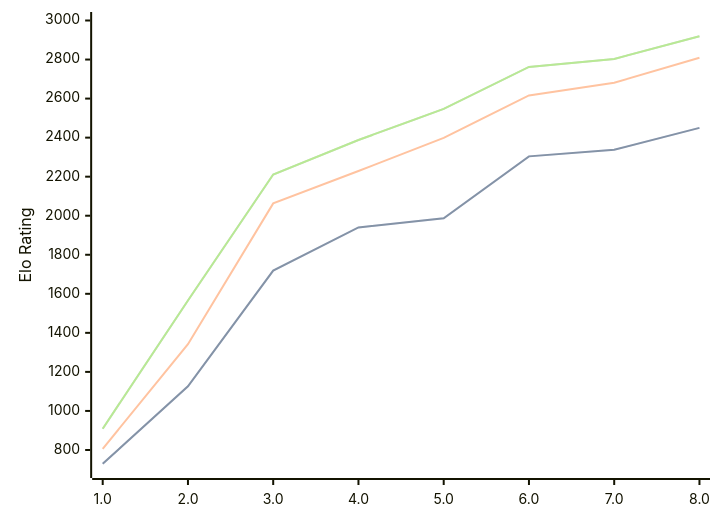
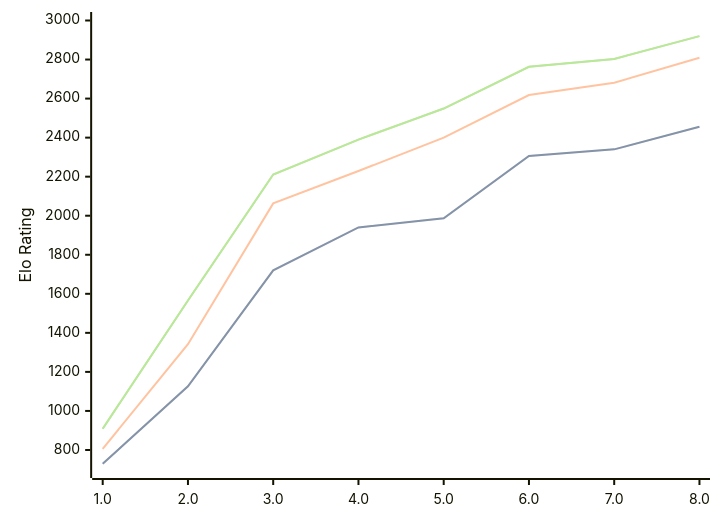
Before and after one commit to computer-chess-index/cci: the diagram in engines/Pea.md, drawn with Mermaid. The commit also changed other lines of this file, not shown here.

Commit message:
Update CCI Ratings (ELO VLTC) - 2026-05-22

````diff
--- a/engines/Pea.md
+++ b/engines/Pea.md
@@ -38,11 +38,11 @@
 ```mermaid
 %%{init: {"theme":"base","themeVariables":{"seriesColors:['#a3a3a3','#222221','#faa371']}}}%%
 xychart-beta
   x-axis ["1.0", "2.0", "3.0", "4.0", "5.0", "6.0", "7.0", "8.0"]
   y-axis "Elo Rating" 700 --> 3000
-  line "STC (8.0+0.08s)" [729, 1126, 1719, 1940, 1987, 2304, 2338, 2450]
-  line "STC (8.0+0.08s)" [729, 1126, 1719, 1940, 1987, 2304, 2338, 2450]
-  line "LTC (60.0+0.60s)" [806, 1342, 2063, 2229, 2399, 2616, 2681, 2809]
-  line "VLTC (2m24s+1.12s)" [909, 1566, 2211, 2388, 2547, 2762, 2803, 2919]
-  line "VLTC (2m24s+1.12s)" [909, 1566, 2211, 2388, 2547, 2762, 2803, 2919]
+  line "STC (8.0+0.08s)" [729, 1126, 1720, 1940, 1987, 2306, 2340, 2456]
+  line "STC (8.0+0.08s)" [729, 1126, 1720, 1940, 1987, 2306, 2340, 2456]
+  line "LTC (60.0+0.60s)" [806, 1342, 2063, 2229, 2400, 2618, 2681, 2809]
+  line "VLTC (2m24s+1.12s)" [909, 1566, 2211, 2390, 2549, 2763, 2803, 2920]
+  line "VLTC (2m24s+1.12s)" [909, 1566, 2211, 2390, 2549, 2763, 2803, 2920]
 ```
````
